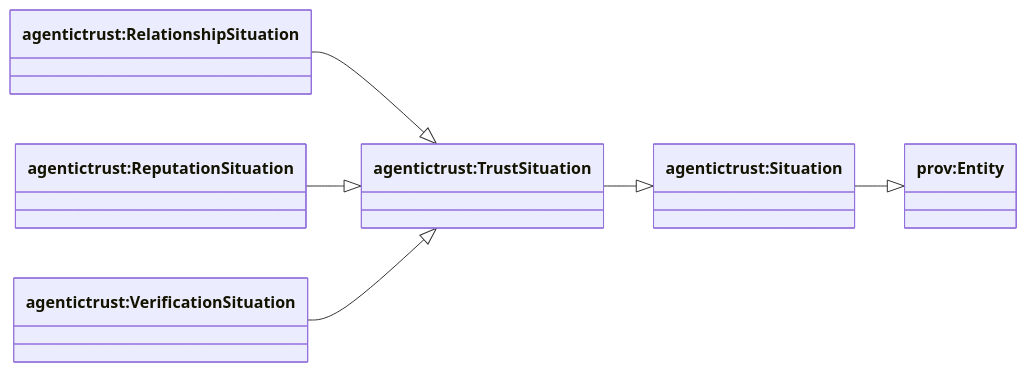
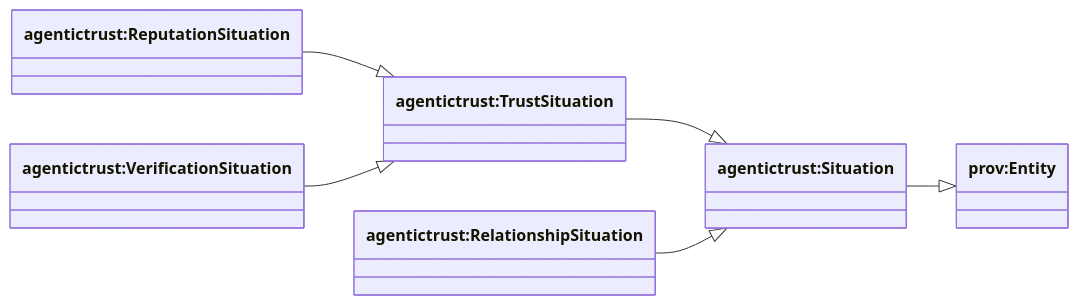
Before and after one commit to Agentic-Trust-Layer/agent-explorer: the first of 6 diagrams in docs/ontology/situation.md, drawn with Mermaid. The commit also changed other lines of this file and 22 other files, not shown here.

````diff
--- a/docs/ontology/situation.md
+++ b/docs/ontology/situation.md
@@ -12,17 +12,17 @@
 ```mermaid
 classDiagram
 direction LR
 
 class provEntity["prov:Entity"]
 class Situation["agentictrust:Situation"]
 class TrustSituation["agentictrust:TrustSituation"]
-class RelationshipSituation["agentictrust:RelationshipSituation"]
 class ReputationSituation["agentictrust:ReputationSituation"]
 class VerificationSituation["agentictrust:VerificationSituation"]
+class RelationshipSituation["agentictrust:RelationshipSituation"]
 
 Situation --|> provEntity
 TrustSituation --|> Situation
-RelationshipSituation --|> TrustSituation
 ReputationSituation --|> TrustSituation
 VerificationSituation --|> TrustSituation
+RelationshipSituation --|> Situation
 ```
````
